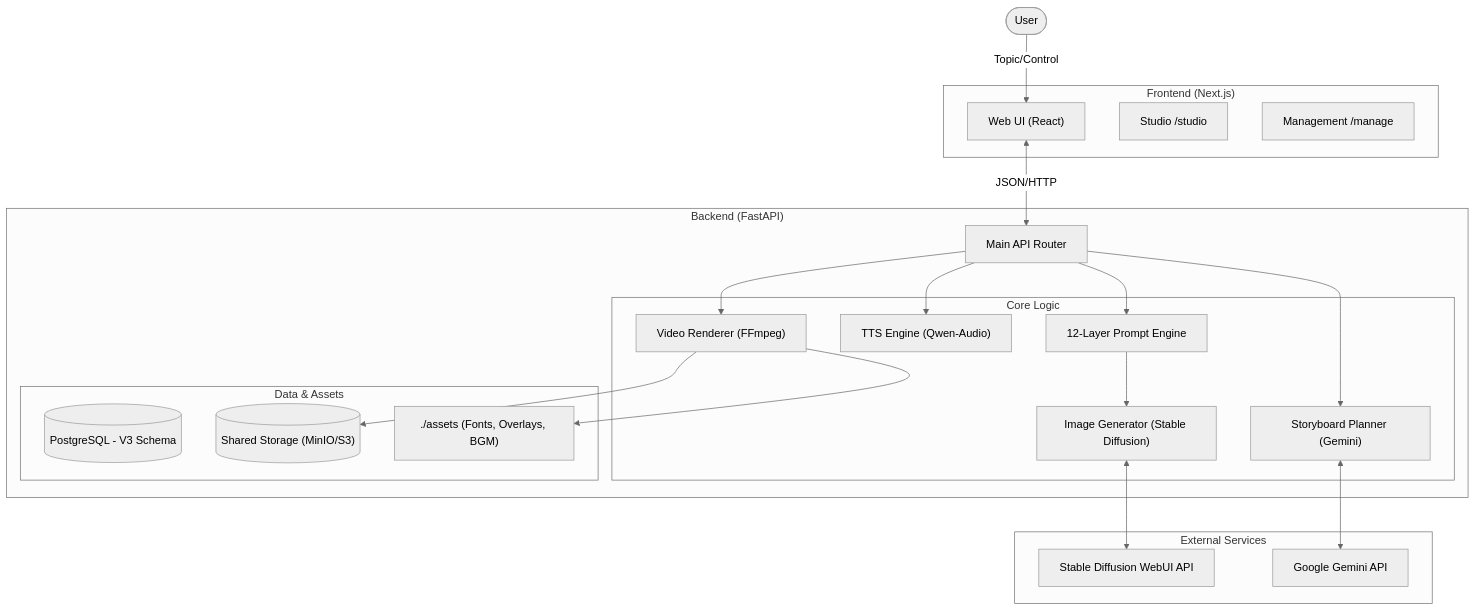
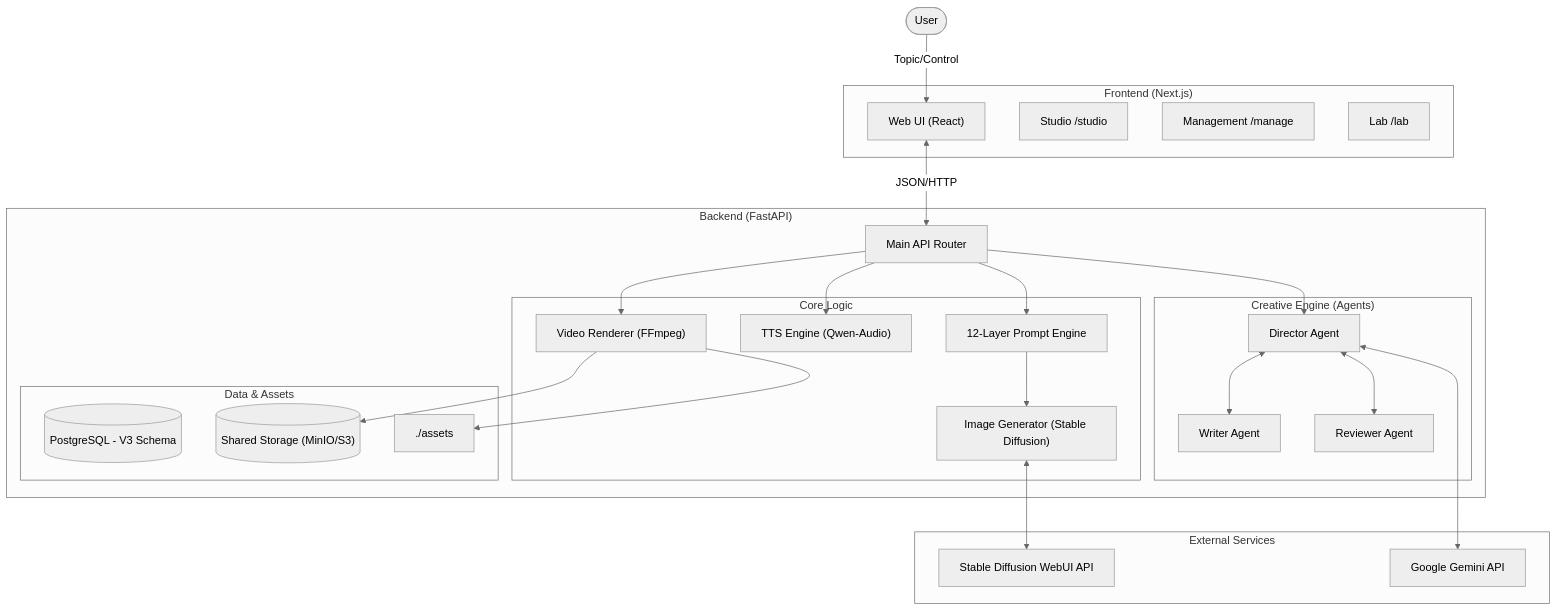
Before and after one commit to tomo-playground/sdd-orchestrator: the diagram in README.md, drawn with Mermaid (neutral theme). The commit also changed other lines of this file and 3 other files, not shown here.

First line of the commit message:
docs: 프로젝트 문서 통합 업데이트 (V3.14 스키마, Creative Engine, Lab)

````diff
--- a/README.md
+++ b/README.md
@@ -9,51 +9,59 @@
 ```mermaid
 graph TD
     %% Nodes
     User([User])
     
     subgraph Frontend ["Frontend (Next.js)"]
         UI["Web UI (React)"]
         Studio["Studio /studio"]
         Manage["Management /manage"]
+        Lab["Lab /lab"]
     end
     
     subgraph Backend ["Backend (FastAPI)"]
         API["Main API Router"]
         
+        subgraph Creative ["Creative Engine (Agents)"]
+            Director["Director Agent"]
+            Writer["Writer Agent"]
+            Reviewer["Reviewer Agent"]
+        end
+
         subgraph Logic ["Core Logic"]
-            Planner["Storyboard Planner (Gemini)"]
             PromptEng["12-Layer Prompt Engine"]
             GenImg["Image Generator (Stable Diffusion)"]
             TTS["TTS Engine (Qwen-Audio)"]
             Renderer["Video Renderer (FFmpeg)"]
         end
         
         subgraph Data ["Data & Assets"]
             DB[("PostgreSQL - V3 Schema")]
             Storage[("Shared Storage (MinIO/S3)")]
-            AssetsDir["./assets (Fonts, Overlays, BGM)"]
+            AssetsDir["./assets"]
         end
     end
 
     subgraph External ["External Services"]
         SD_API["Stable Diffusion WebUI API"]
         Gemini_API["Google Gemini API"]
     end
 
     %% Connections
     User -->|Topic/Control| UI
     UI <-->|JSON/HTTP| API
     
-    API --> Planner
-    Planner <--> Gemini_API
+    API --> Director
+    Director <--> Writer
+    Director <--> Reviewer
+    Director <--> Gemini_API
     
     API --> PromptEng
     PromptEng --> GenImg
     GenImg <--> SD_API
     
     API --> TTS
     API --> Renderer
     
     Renderer --> AssetsDir
     Renderer --> Storage
 ```
````
